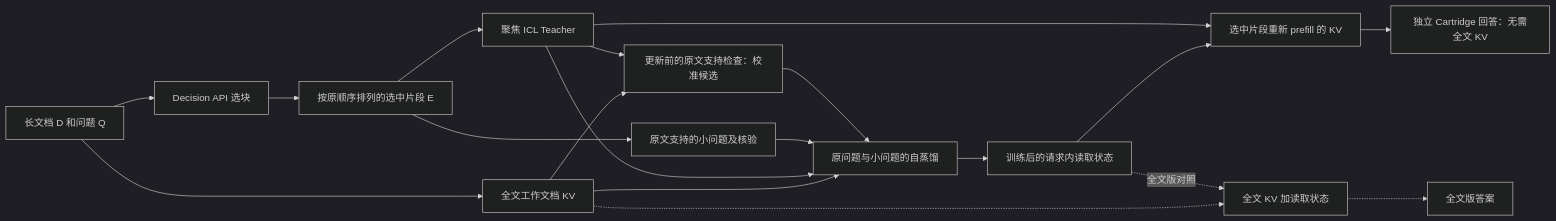
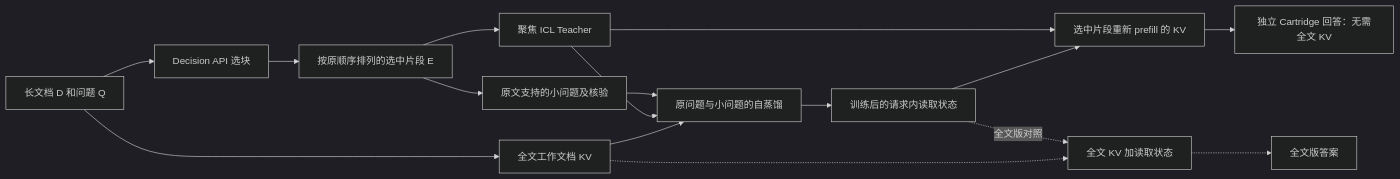
Before and after one commit to XiangqiWang77/Masked-TTT: the diagram in QUERY_CARTRIDGES.md, drawn with Mermaid (dark theme). The commit also changed 2 other files, not shown here.

Commit message:
Clarify on-policy teacher targets

````diff
--- a/QUERY_CARTRIDGES.md
+++ b/QUERY_CARTRIDGES.md
@@ -86,21 +86,18 @@
 ```mermaid
 flowchart LR
     D[长文档 D 和问题 Q] --> S[Decision API 选块]
     S --> E[按原顺序排列的选中片段 E]
     D --> K[全文工作文档 KV]
     E --> T[聚焦 ICL Teacher]
-    T --> V[更新前的原文支持检查：校准候选]
-    K --> V
-    V --> L
     E --> F[原文支持的小问题及核验]
     F --> L[原问题与小问题的自蒸馏]
     T --> L
     K --> L
     L --> P[训练后的请求内读取状态]
     T --> C[选中片段重新 prefill 的 KV]
     P --> C
     C --> Z[独立 Cartridge 回答：无需全文 KV]
     P -. 全文版对照 .-> A[全文 KV 加读取状态]
     K -.-> A
     A -.-> Y[全文版答案]
 ```
````
